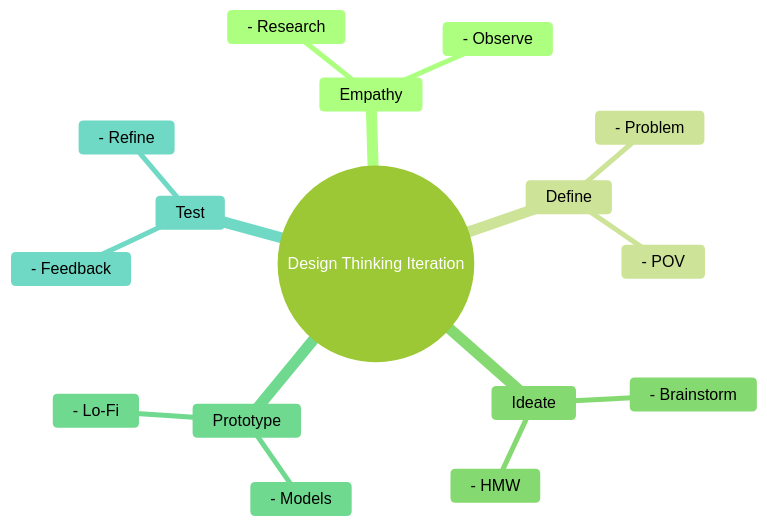
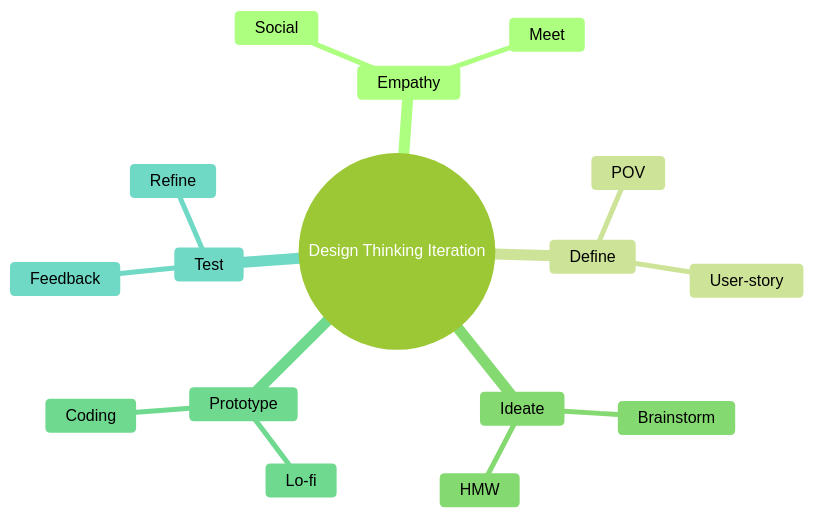
The second of 6 diagrams in _posts/Foundation/A-agile_classroom/2025-08-16-agile_design_thinking.md (whitelunarium/pages_fork), drawn with Mermaid (forest theme) before and after one commit. The commit also changed other lines of this file, not shown here.

````diff
--- a/_posts/Foundation/A-agile_classroom/2025-08-16-agile_design_thinking.md
+++ b/_posts/Foundation/A-agile_classroom/2025-08-16-agile_design_thinking.md
@@ -145,19 +146,19 @@
 ```mermaid
 mindmap
   root((Design Thinking Iteration))
     Empathy
-      - Observe
-      - Research
+      Meet 
+      Social
     Define
-      - Problem 
-      - POV
+      POV 
+      User-story
     Ideate
-      - Brainstorm
-      - HMW
+      Brainstorm
+      HMW
     Prototype
-      - Models
-      - Lo-Fi
+      Lo-fi
+      Coding
     Test
-      - Feedback
-      - Refine
+      Feedback
+      Refine
 ```
````
